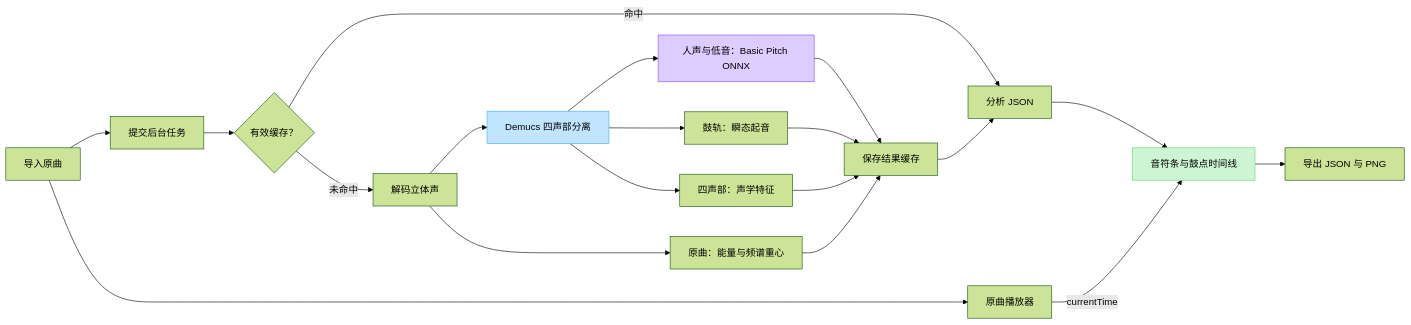
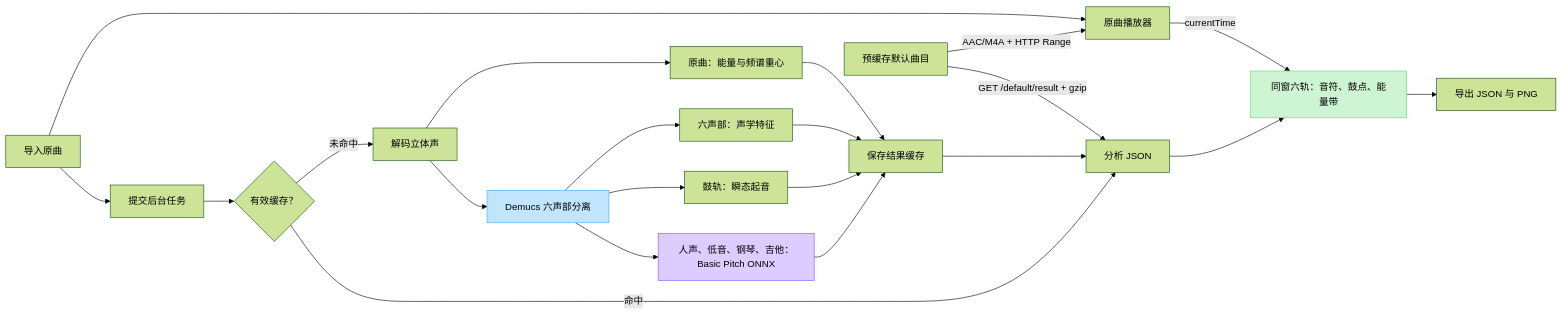
Before and after one commit to yrefia/Hya: the diagram in docs/processing-flow.md, drawn with Mermaid (forest theme). The commit also changed other lines of this file and 12 other files, not shown here.

````diff
--- a/docs/processing-flow.md
+++ b/docs/processing-flow.md
@@ -3,24 +3,26 @@
 ```mermaid
 flowchart LR
     source["导入原曲"] --> submit["提交后台任务"]
     submit --> cache{"有效缓存？"}
     cache -->|"命中"| result["分析 JSON"]
     cache -->|"未命中"| decode["解码立体声"]
-    decode --> demucs["Demucs 四声部分离"]
-    demucs --> pitch["人声与低音：Basic Pitch ONNX"]
+    decode --> demucs["Demucs 六声部分离"]
+    demucs --> pitch["人声、低音、钢琴、吉他：Basic Pitch ONNX"]
     demucs --> drums["鼓轨：瞬态起音"]
-    demucs --> features["四声部：声学特征"]
+    demucs --> features["六声部：声学特征"]
     decode --> mix["原曲：能量与频谱重心"]
     pitch --> store["保存结果缓存"]
     drums --> store
     features --> store
     mix --> store
     store --> result
-    result --> canvas["音符条与鼓点时间线"]
+    result --> canvas["同窗六轨：音符、鼓点、能量带"]
     source --> player["原曲播放器"]
+    default["预缓存默认曲目"] -->|"GET /default/result + gzip"| result
+    default -->|"AAC/M4A + HTTP Range"| player
     player -->|"currentTime"| canvas
     canvas --> exportFile["导出 JSON 与 PNG"]
     style demucs fill:#C2E5FF,stroke:#3DADFF
     style pitch fill:#DCCCFF,stroke:#874FFF
     style canvas fill:#CDF4D3,stroke:#66D575
 ```
````
